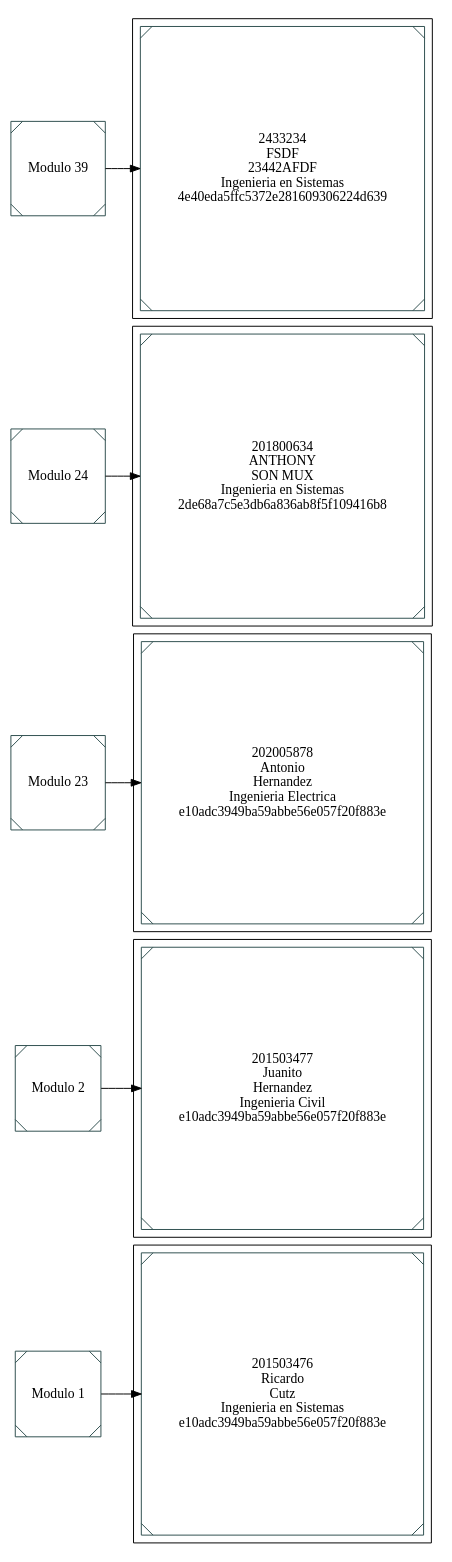
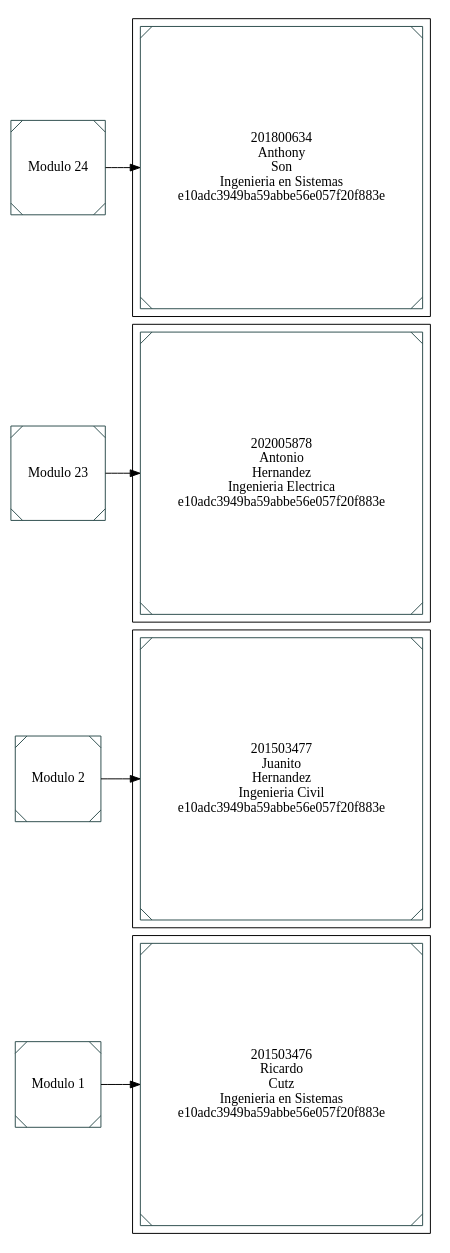
Before and after one commit to LinkSon-PC/EDD_1S2020_PY2_201800634: the diagram in [EDD]Proyecto2_201800634/THash.dot, drawn with Graphviz. The commit also changed 12 other files, not shown here.

```diff
--- a/[EDD]Proyecto2_201800634/THash.dot
+++ b/[EDD]Proyecto2_201800634/THash.dot
@@ -1,42 +1,34 @@
 digraph G { rankdir = LR; 
- node[shape=Msquare  color = darkslategray text=white gradientangle=90];Nodo603139460[label =" Modulo 1"] 
-subgraph cluster_603139460 {  node[shape=Msquare  color = darkslategray text=white gradientangle=90]; 
-1399016348[label="201503476
+ node[shape=Msquare  color = darkslategray text=white gradientangle=90];Nodo2037666881[label =" Modulo 1"] 
+subgraph cluster_2037666881 {  node[shape=Msquare  color = darkslategray text=white gradientangle=90]; 
+708339470[label="201503476
 Ricardo
 Cutz
 Ingenieria en Sistemas
 e10adc3949ba59abbe56e057f20f883e"]
-}Nodo603139460->1399016348
-Nodo1750493679[label =" Modulo 2"] 
-subgraph cluster_1750493679 {  node[shape=Msquare  color = darkslategray text=white gradientangle=90]; 
-2024634603[label="201503477
+}Nodo2037666881->708339470
+Nodo889089265[label =" Modulo 2"] 
+subgraph cluster_889089265 {  node[shape=Msquare  color = darkslategray text=white gradientangle=90]; 
+784698553[label="201503477
 Juanito
 Hernandez
 Ingenieria Civil
 e10adc3949ba59abbe56e057f20f883e"]
-}Nodo1750493679->2024634603
-Nodo1116267895[label =" Modulo 23"] 
-subgraph cluster_1116267895 {  node[shape=Msquare  color = darkslategray text=white gradientangle=90]; 
-192833809[label="202005878
+}Nodo889089265->784698553
+Nodo1967653756[label =" Modulo 23"] 
+subgraph cluster_1967653756 {  node[shape=Msquare  color = darkslategray text=white gradientangle=90]; 
+471931596[label="202005878
 Antonio
 Hernandez
 Ingenieria Electrica
 e10adc3949ba59abbe56e057f20f883e"]
-}Nodo1116267895->192833809
-Nodo1354522752[label =" Modulo 24"] 
-subgraph cluster_1354522752 {  node[shape=Msquare  color = darkslategray text=white gradientangle=90]; 
-1136996444[label="201800634
-ANTHONY
-SON MUX
+}Nodo1967653756->471931596
+Nodo1543464029[label =" Modulo 24"] 
+subgraph cluster_1543464029 {  node[shape=Msquare  color = darkslategray text=white gradientangle=90]; 
+1499302879[label="201800634
+Anthony
+Son
 Ingenieria en Sistemas
-2de68a7c5e3db6a836ab8f5f109416b8"]
-}Nodo1354522752->1136996444
-Nodo846214789[label =" Modulo 39"] 
-subgraph cluster_846214789 {  node[shape=Msquare  color = darkslategray text=white gradientangle=90]; 
-2130165664[label="2433234
-FSDF
-23442AFDF
-Ingenieria en Sistemas
-4e40eda5ffc5372e281609306224d639"]
-}Nodo846214789->2130165664
+e10adc3949ba59abbe56e057f20f883e"]
+}Nodo1543464029->1499302879
 } 
```
